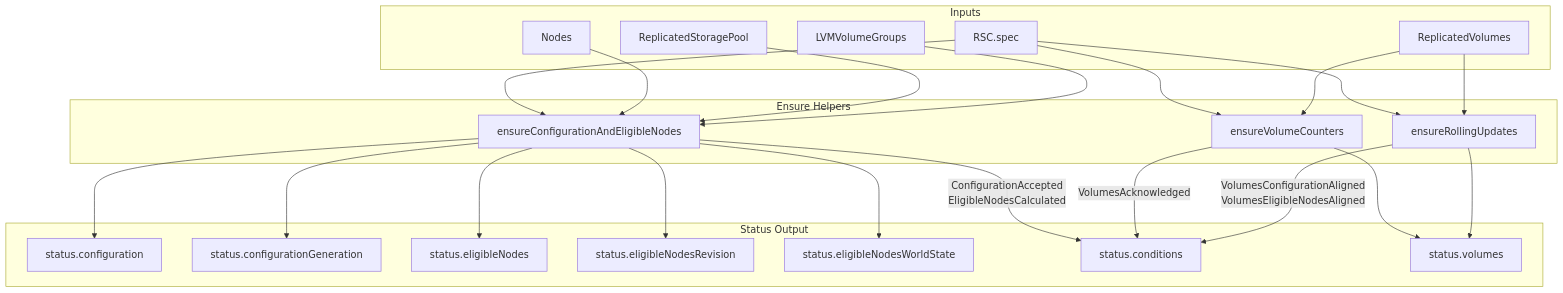
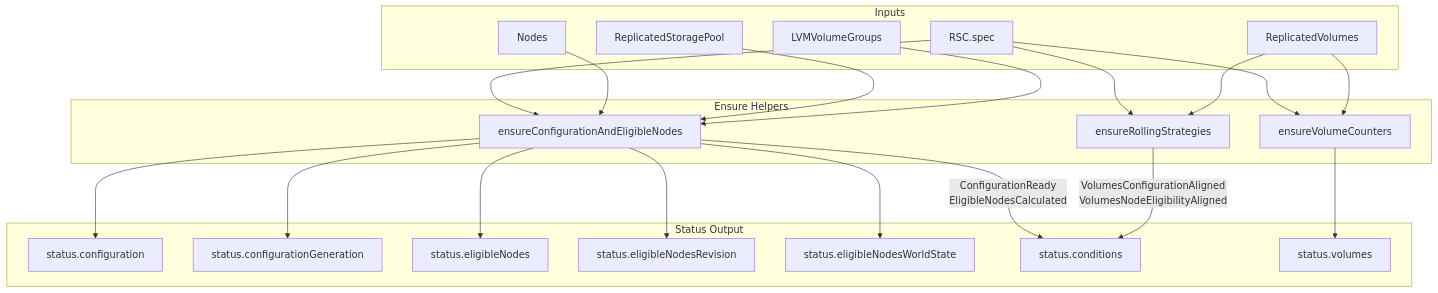
The second of 2 diagrams in images/controller/internal/controllers/rsc_controller/README.md (deckhouse/sds-replicated-volume), drawn with Mermaid before and after one commit. The commit also changed other lines of this file and 7 other files, not shown here.

````diff
--- a/images/controller/internal/controllers/rsc_controller/README.md
+++ b/images/controller/internal/controllers/rsc_controller/README.md
@@ -228,50 +163,48 @@
 ```mermaid
 flowchart TD
     subgraph inputs [Inputs]
         RSC[RSC.spec]
         Nodes[Nodes]
         RSP[ReplicatedStoragePool]
         LVGs[LVMVolumeGroups]
         RVs[ReplicatedVolumes]
     end
 
     subgraph ensure [Ensure Helpers]
         EnsureConfig[ensureConfigurationAndEligibleNodes]
         EnsureVols[ensureVolumeCounters]
-        EnsureRolling[ensureRollingUpdates]
+        EnsureRolling[ensureRollingStrategies]
     end
 
     subgraph status [Status Output]
         Config[status.configuration]
         ConfigGen[status.configurationGeneration]
         EN[status.eligibleNodes]
         ENRev[status.eligibleNodesRevision]
         WorldState[status.eligibleNodesWorldState]
         Conds[status.conditions]
         Vol[status.volumes]
     end
 
     RSC --> EnsureConfig
     Nodes --> EnsureConfig
     RSP --> EnsureConfig
     LVGs --> EnsureConfig
 
     EnsureConfig --> Config
     EnsureConfig --> ConfigGen
     EnsureConfig --> EN
     EnsureConfig --> ENRev
     EnsureConfig --> WorldState
-    EnsureConfig -->|ConfigurationAccepted<br>EligibleNodesCalculated| Conds
+    EnsureConfig -->|ConfigurationReady<br>EligibleNodesCalculated| Conds
 
     RSC --> EnsureVols
     RVs --> EnsureVols
 
     EnsureVols --> Vol
-    EnsureVols -->|VolumesAcknowledged| Conds
 
     RSC --> EnsureRolling
     RVs --> EnsureRolling
 
-    EnsureRolling --> Vol
-    EnsureRolling -->|VolumesConfigurationAligned<br>VolumesEligibleNodesAligned| Conds
+    EnsureRolling -->|VolumesConfigurationAligned<br>VolumesNodeEligibilityAligned| Conds
 ```
````
